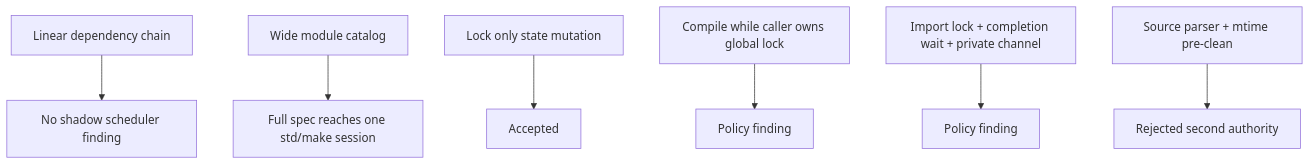
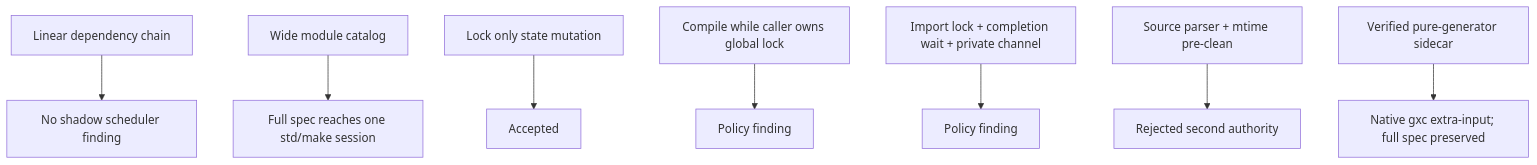
One commit to tao3k/asp-gerbil-scheme changed the third of 3 diagrams in docs/30-39-building/31.08-build-graph-performance-policy.org. Above: the diagram before and after it, drawn with Mermaid. The commit also changed other lines of this file and 356 other files, not shown here.

```diff
--- a/docs/30-39-building/31.08-build-graph-performance-policy.org
+++ b/docs/30-39-building/31.08-build-graph-performance-policy.org
@@ -138,9 +150,10 @@
 #+begin_src mermaid
 flowchart TD
   A["Linear dependency chain"] --> A1["No shadow scheduler finding"]
   B["Wide module catalog"] --> B1["Full spec reaches one std/make session"]
   C["Lock only state mutation"] --> C1["Accepted"]
   D["Compile while caller owns global lock"] --> D1["Policy finding"]
   E["Import lock + completion wait + private channel"] --> E1["Policy finding"]
   F["Source parser + mtime pre-clean"] --> F1["Rejected second authority"]
+  G["Verified pure-generator sidecar"] --> G1["Native gxc extra-input; full spec preserved"]
 #+end_src
```
